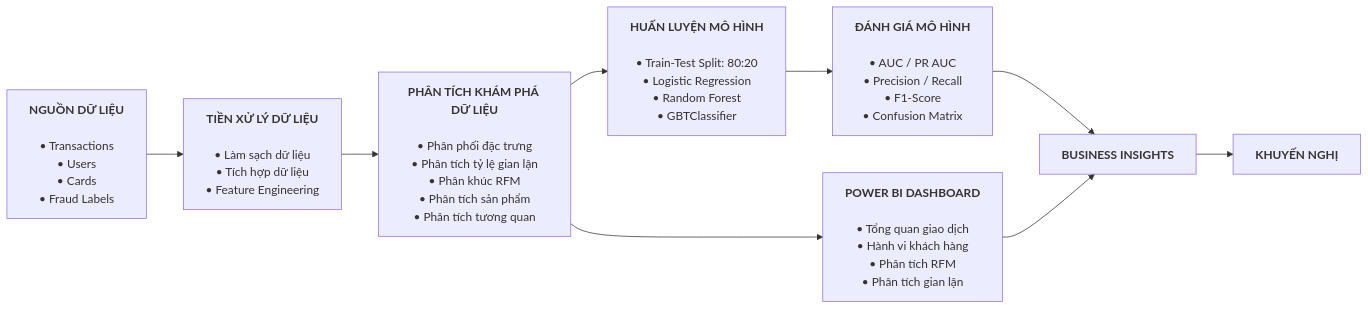
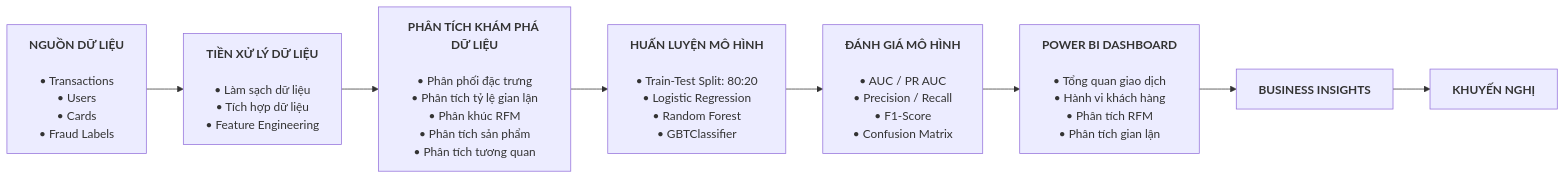
One commit to ngocminh0123/Banking-Transaction-Analysis changed the diagram in README.md. Above: the diagram before and after it, drawn with Mermaid. The commit also changed other lines of this file and 7 other files, not shown here.

````diff
--- a/README.md
+++ b/README.md
@@ -111,54 +139,52 @@
 ```mermaid
 flowchart LR
 
 A["<b>NGUỒN DỮ LIỆU</b>
 
 • Transactions
 • Users
 • Cards
 • Fraud Labels"]
 
 B["<b>TIỀN XỬ LÝ DỮ LIỆU</b>
 
 • Làm sạch dữ liệu
 • Tích hợp dữ liệu
 • Feature Engineering"]
 
 C["<b>PHÂN TÍCH KHÁM PHÁ DỮ LIỆU</b>
 
 • Phân phối đặc trưng
 • Phân tích tỷ lệ gian lận
 • Phân khúc RFM
 • Phân tích sản phẩm
 • Phân tích tương quan"]
 
 D["<b>HUẤN LUYỆN MÔ HÌNH</b>
 
 • Train-Test Split: 80:20
 • Logistic Regression
 • Random Forest
 • GBTClassifier"]
 
 E["<b>ĐÁNH GIÁ MÔ HÌNH</b>
 
 • AUC / PR AUC
 • Precision / Recall
 • F1-Score
 • Confusion Matrix"]
 
 F["<b>POWER BI DASHBOARD</b>
 
 • Tổng quan giao dịch
 • Hành vi khách hàng
 • Phân tích RFM
 • Phân tích gian lận"]
 
 G["<b>BUSINESS INSIGHTS</b>"]
 
 H["<b>KHUYẾN NGHỊ</b>"]
 
-A --> B --> C
-C --> D --> E --> G
-C --> F --> G
-G --> H
-```
+A --> B --> C --> D --> E --> F --> G --> H
+
+``` 
````
